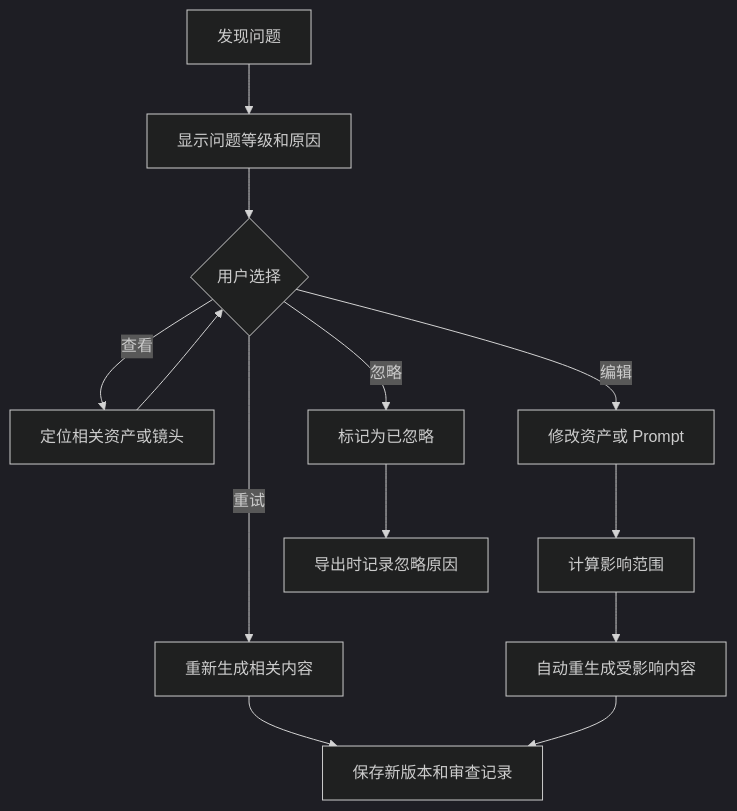
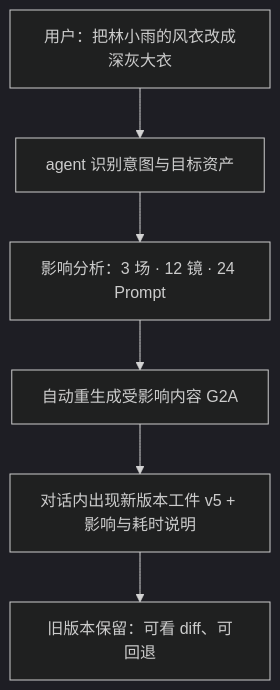
Before and after one commit to zhanglun/get-off-work-early: the second of 3 diagrams in mastra-short-drama-agent/docs/user-flows.md, drawn with Mermaid (dark theme). The commit also changed other lines of this file and 8 other files, not shown here.

````diff
--- a/mastra-short-drama-agent/docs/user-flows.md
+++ b/mastra-short-drama-agent/docs/user-flows.md
@@ -181,15 +52,8 @@
 ```mermaid
 flowchart TD
-    A[发现问题] --> B[显示问题等级和原因]
-    B --> C{用户选择}
-    C -->|查看| D[定位相关资产或镜头]
-    C -->|重试| E[重新生成相关内容]
-    C -->|编辑| F[修改资产或 Prompt]
-    C -->|忽略| G[标记为已忽略]
-    D --> C
-    E --> H[保存新版本和审查记录]
-    F --> I[计算影响范围]
-    I --> J[自动重生成受影响内容]
-    J --> H
-    G --> K[导出时记录忽略原因]
+    A[用户：把林小雨的风衣改成深灰大衣] --> B[agent 识别意图与目标资产]
+    B --> C[影响分析：3 场 · 12 镜 · 24 Prompt]
+    C --> D[自动重生成受影响内容 G2A]
+    D --> E[对话内出现新版本工件 v5 + 影响与耗时说明]
+    E --> F[旧版本保留：可看 diff、可回退]
 ```
````
